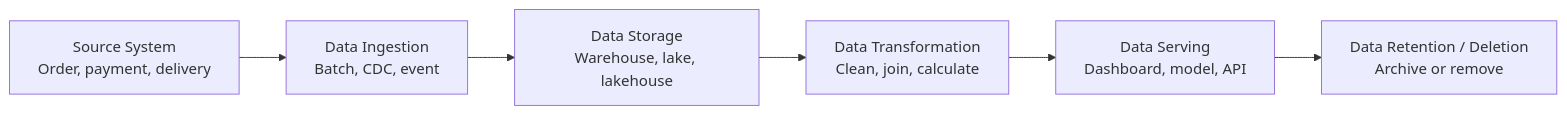
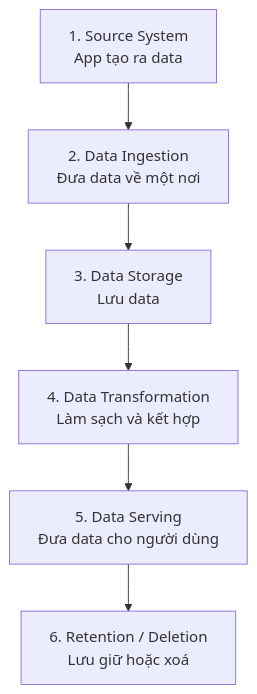
The diagram in content/wiki/bat-dau/du-lieu-di-qua-he-thong-nhu-the-nao.md (canhtran/data-guy-story-v2), drawn with Mermaid before and after one commit. The commit also changed other lines of this file, not shown here.

````diff
--- a/content/wiki/bat-dau/du-lieu-di-qua-he-thong-nhu-the-nao.md
+++ b/content/wiki/bat-dau/du-lieu-di-qua-he-thong-nhu-the-nao.md
@@ -21,8 +21,10 @@
 ```mermaid
-flowchart LR
-    A[Source System<br/>Order, payment, delivery] --> B[Data Ingestion<br/>Batch, CDC, event]
-    B --> C[Data Storage<br/>Warehouse, lake, lakehouse]
-    C --> D[Data Transformation<br/>Clean, join, calculate]
-    D --> E[Data Serving<br/>Dashboard, model, API]
-    E --> F[Data Retention / Deletion<br/>Archive or remove]
+flowchart TD
+    A["1. Source System<br/>App tạo ra data"]
+    B["2. Data Ingestion<br/>Đưa data về một nơi"]
+    C["3. Data Storage<br/>Lưu data"]
+    D["4. Data Transformation<br/>Làm sạch và kết hợp"]
+    E["5. Data Serving<br/>Đưa data cho người dùng"]
+    F["6. Retention / Deletion<br/>Lưu giữ hoặc xoá"]
+    A --> B --> C --> D --> E --> F
 ```
````
